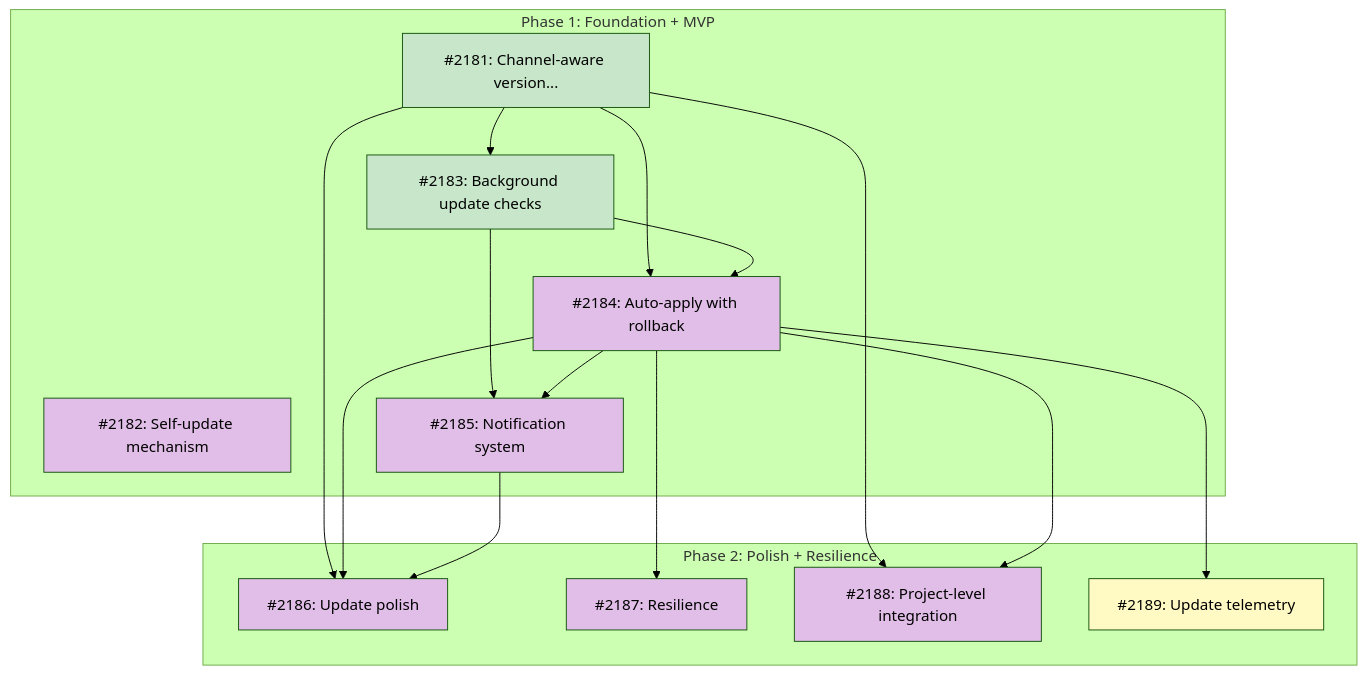
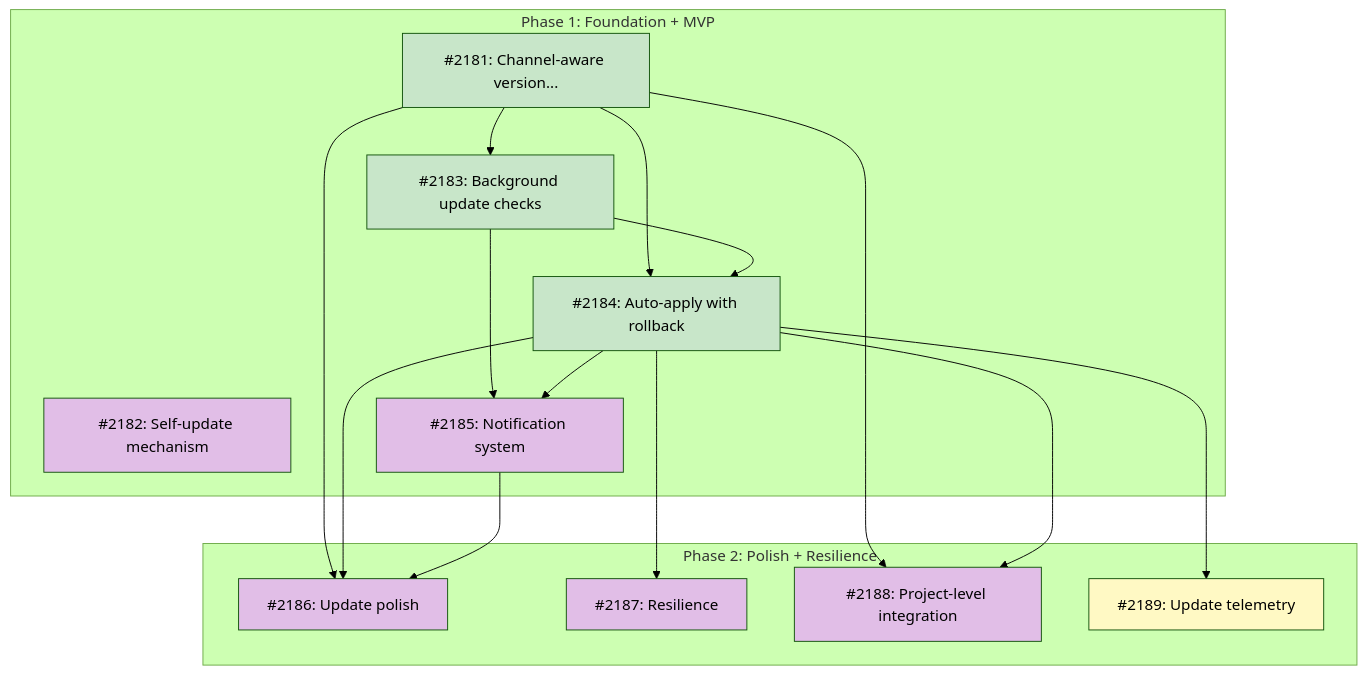
The diagram in docs/roadmaps/ROADMAP-auto-update.md (tsukumogami/tsuku), drawn with Mermaid (forest theme) before and after one commit. The commit also changed other lines of this file and 3 other files, not shown here.

First line of the commit message:
docs: transition auto-apply-rollback to Current, update roadmap

````diff
--- a/docs/roadmaps/ROADMAP-auto-update.md
+++ b/docs/roadmaps/ROADMAP-auto-update.md
@@ -149,45 +149,45 @@
 ```mermaid
 graph TD
     subgraph Phase1["Phase 1: Foundation + MVP"]
         I2181["#2181: Channel-aware version..."]
         I2182["#2182: Self-update mechanism"]
         I2183["#2183: Background update checks"]
         I2184["#2184: Auto-apply with rollback"]
         I2185["#2185: Notification system"]
     end
 
     subgraph Phase2["Phase 2: Polish + Resilience"]
         I2186["#2186: Update polish"]
         I2187["#2187: Resilience"]
         I2188["#2188: Project-level integration"]
         I2189["#2189: Update telemetry"]
     end
 
     I2181 --> I2183
     I2181 --> I2184
     I2183 --> I2184
     I2183 --> I2185
     I2184 --> I2185
     I2181 --> I2186
     I2184 --> I2186
     I2185 --> I2186
     I2184 --> I2187
     I2181 --> I2188
     I2184 --> I2188
     I2184 --> I2189
 
     classDef done fill:#c8e6c9
     classDef ready fill:#bbdefb
     classDef blocked fill:#fff9c4
     classDef needsDesign fill:#e1bee7
     classDef needsPrd fill:#b3e5fc
     classDef needsSpike fill:#ffcdd2
     classDef needsDecision fill:#d1c4e9
     classDef tracksDesign fill:#FFE0B2,stroke:#F57C00,color:#000
     classDef tracksPlan fill:#FFE0B2,stroke:#F57C00,color:#000
 
-    class I2181,I2183 done
+    class I2181,I2183,I2184 done
     class I2182 needsDesign
-    class I2184,I2185,I2186,I2187,I2188 needsDesign
+    class I2185,I2186,I2187,I2188 needsDesign
     class I2189 blocked
 ```
````
